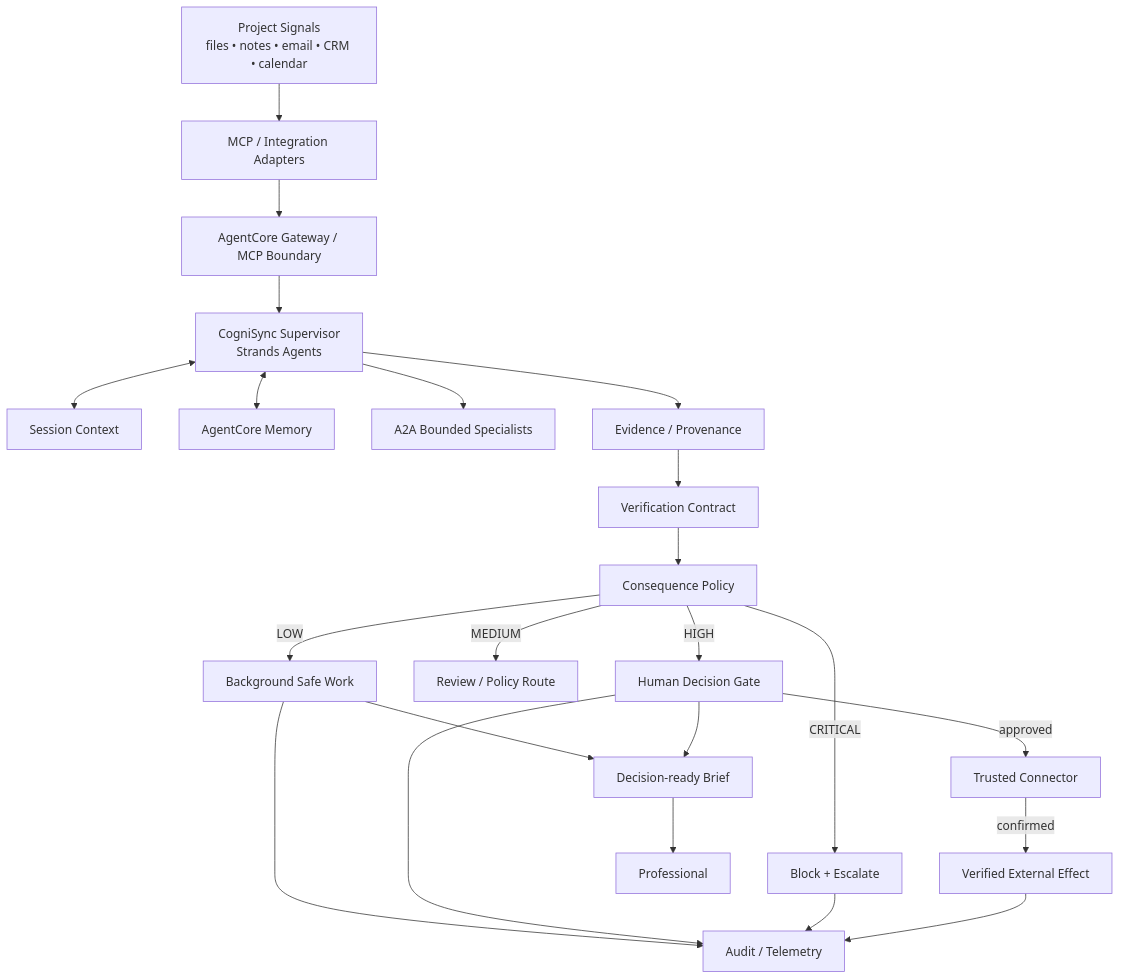
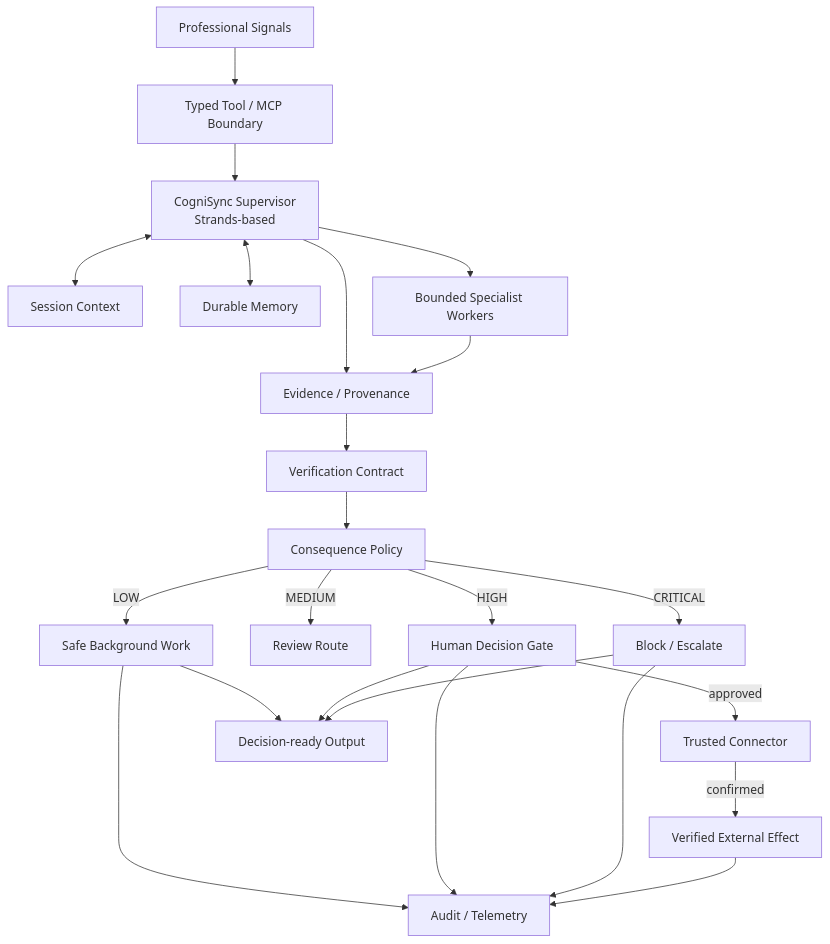
The diagram in docs/GRANT_PROPOSAL.md (fotografandrzejmikulski-bit/Agents-for-Humans-Hackathon), drawn with Mermaid before and after one commit. The commit also changed other lines of this file, not shown here.

Commit message:
upgrade grant proposal with evidence-led executive case

````diff
--- a/docs/GRANT_PROPOSAL.md
+++ b/docs/GRANT_PROPOSAL.md
@@ -137,25 +172,25 @@
 ```mermaid
 flowchart TB
-    S[Project Signals\nfiles • notes • email • CRM • calendar] --> I[MCP / Integration Adapters]
-    I --> G[AgentCore Gateway / MCP Boundary]
-    G --> SUP[CogniSync Supervisor\nStrands Agents]
-    SUP <--> STM[Session Context]
-    SUP <--> LTM[AgentCore Memory]
-    SUP --> D[A2A Bounded Specialists]
-    SUP --> E[Evidence / Provenance]
+    S[Professional Signals] --> T[Typed Tool / MCP Boundary]
+    T --> A[CogniSync Supervisor\nStrands-based]
+    A <--> C[Session Context]
+    A <--> M[Durable Memory]
+    A --> W[Bounded Specialist Workers]
+    A --> E[Evidence / Provenance]
+    W --> E
     E --> V[Verification Contract]
     V --> P[Consequence Policy]
-    P -->|LOW| B[Background Safe Work]
-    P -->|MEDIUM| R[Review / Policy Route]
+    P -->|LOW| B[Safe Background Work]
+    P -->|MEDIUM| R[Review Route]
     P -->|HIGH| H[Human Decision Gate]
-    P -->|CRITICAL| X[Block + Escalate]
-    H -->|approved| C[Trusted Connector]
-    C -->|confirmed| O[Verified External Effect]
-    B --> A[Audit / Telemetry]
-    H --> A
-    X --> A
-    O --> A
-    B --> K[Decision-ready Brief]
-    H --> K
-    K --> U[Professional]
+    P -->|CRITICAL| X[Block / Escalate]
+    H -->|approved| K[Trusted Connector]
+    K -->|confirmed| O[Verified External Effect]
+    B --> U[Decision-ready Output]
+    H --> U
+    X --> U
+    B --> Q[Audit / Telemetry]
+    H --> Q
+    X --> Q
+    O --> Q
 ```
````
